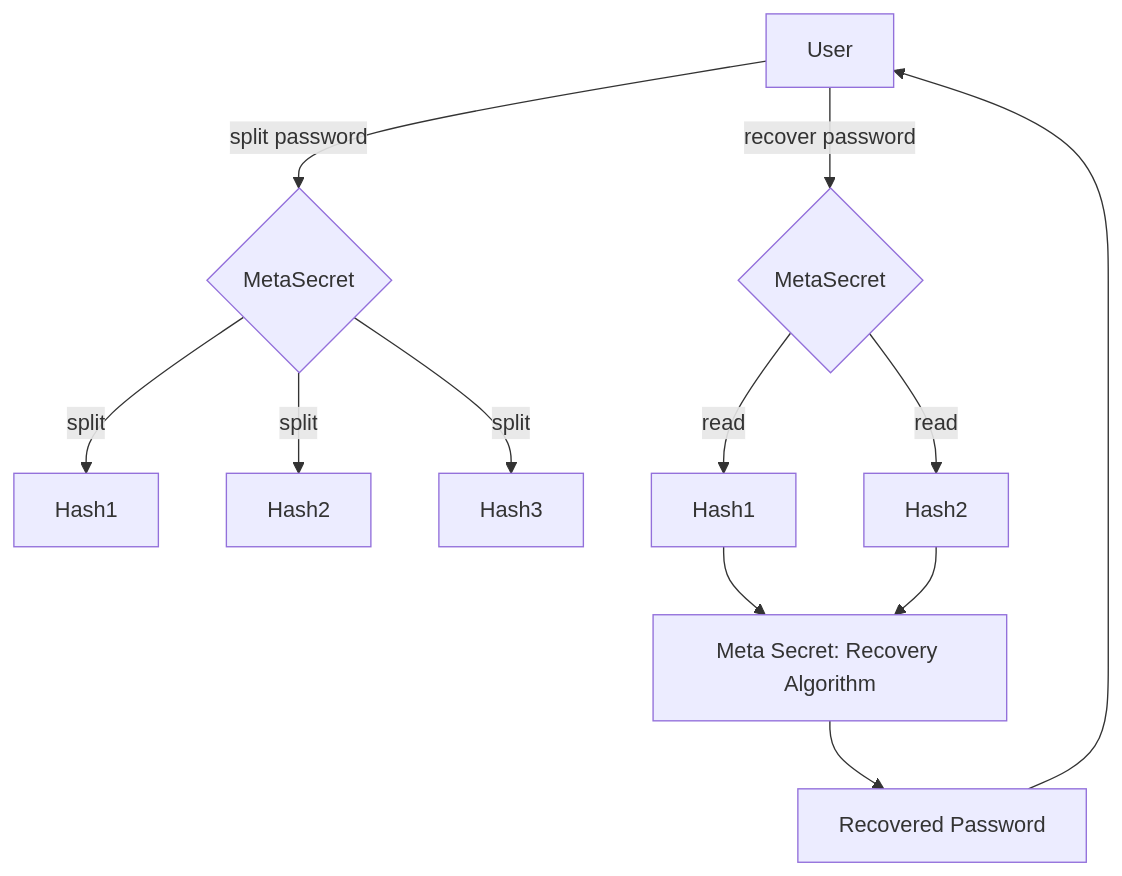
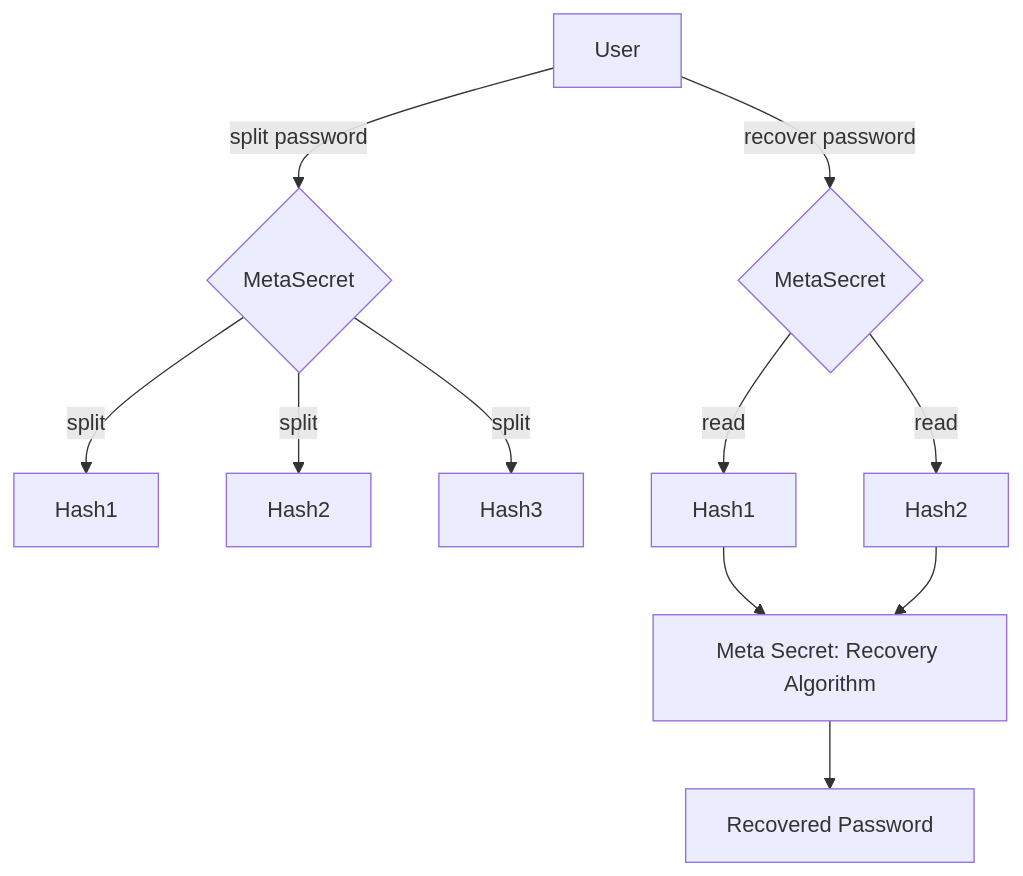
One commit to meta-secret/meta-secret-node changed the diagram in README.md. Above: the diagram before and after it, drawn with Mermaid.

Commit message:
readme: app workflow design improvement 4

````diff
--- a/README.md
+++ b/README.md
@@ -8,15 +8,14 @@
 ```mermaid
 graph TD
     User --> |split password| MSS{MetaSecret}
     MSS --> |split| Hash1
     MSS --> |split| Hash2
     MSS --> |split| Hash3
     
     User --> |recover password| MSR{MetaSecret}
     MSR --> |read| HH1[Hash1]
     MSR --> |read| HH2[Hash2]
     HH1 --> RecoverAlgo[Meta Secret: Recovery Algorithm]
     HH2 --> RecoverAlgo
     RecoverAlgo --> RP[Recovered Password]
-    RP --> User
 ```
````
